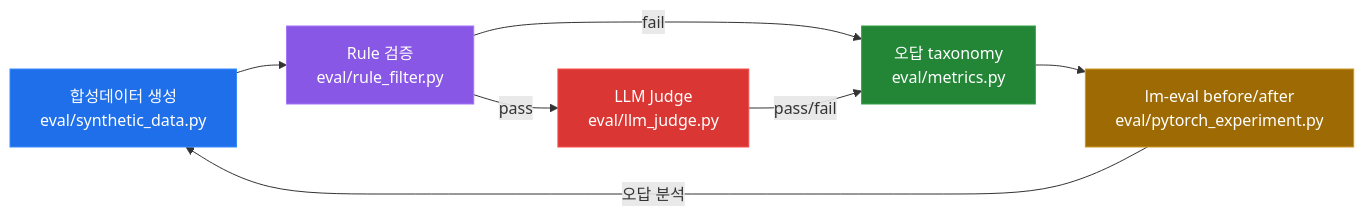
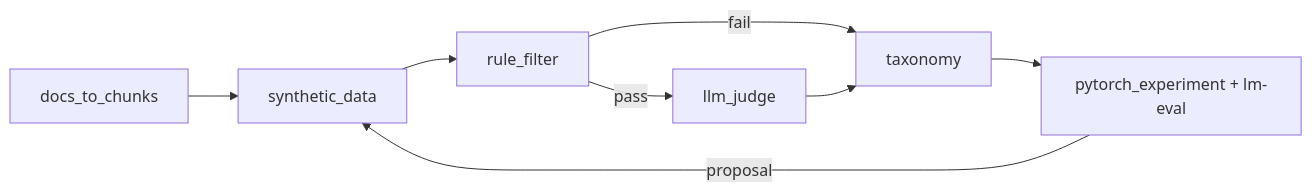
One commit to ianlyoo/llm-eval-pipeline changed the diagram in README.md. Above: the diagram before and after it, drawn with Mermaid. The commit also changed other lines of this file and 1 other file, not shown here.

````diff
--- a/README.md
+++ b/README.md
@@ -25,15 +61,10 @@
 ```mermaid
 flowchart LR
-    A[합성데이터 생성<br/>eval/synthetic_data.py] --> B[Rule 검증<br/>eval/rule_filter.py]
-    B -->|pass| C[LLM Judge<br/>eval/llm_judge.py]
-    B -->|fail| F[오답 taxonomy<br/>eval/metrics.py]
-    C -->|pass/fail| F
-    F --> G[lm-eval before/after<br/>eval/pytorch_experiment.py]
-    G -->|오답 분석| A
-
-    style A fill:#1f6feb,stroke:#388bfd,color:#fff
-    style B fill:#8957e5,stroke:#a475f9,color:#fff
-    style C fill:#da3633,stroke:#f85149,color:#fff
-    style F fill:#238636,stroke:#2ea043,color:#fff
-    style G fill:#9e6a03,stroke:#d29922,color:#fff
+    A[docs_to_chunks] --> B[synthetic_data]
+    B --> C[rule_filter]
+    C -->|pass| D[llm_judge]
+    C -->|fail| E[taxonomy]
+    D --> E
+    E --> F[pytorch_experiment + lm-eval]
+    F -->|proposal| B
 ```
````
